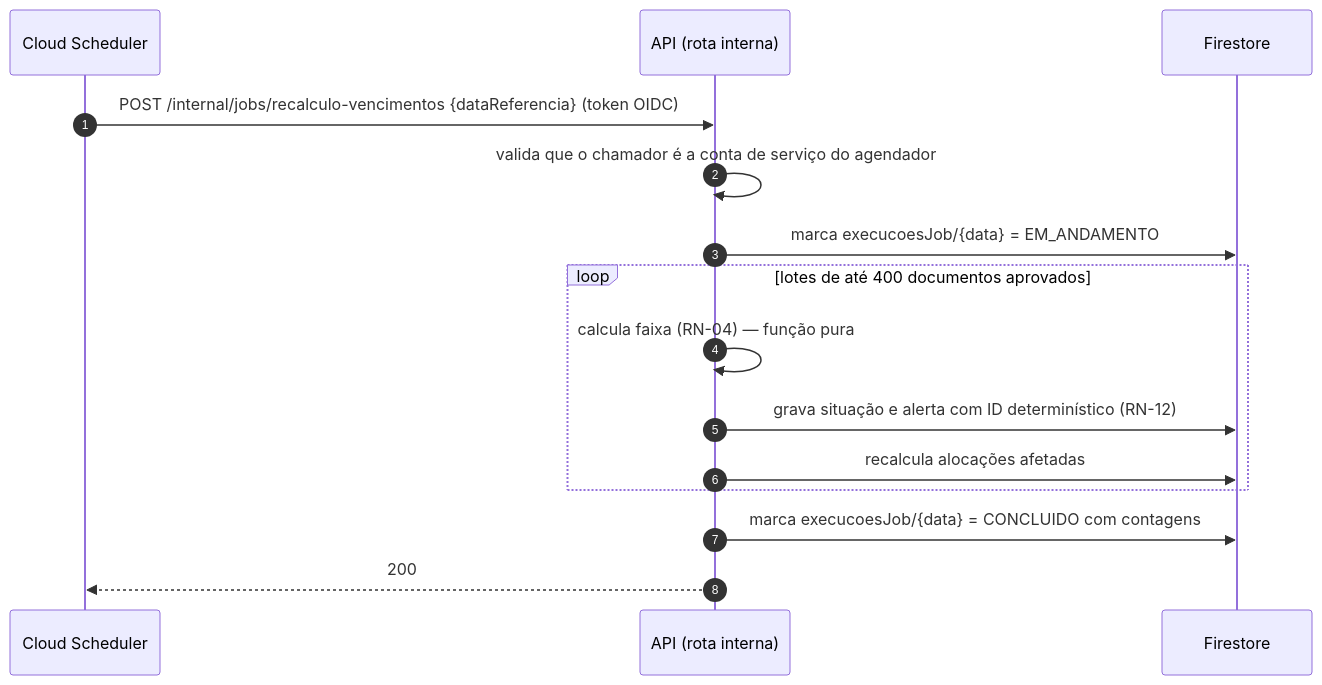
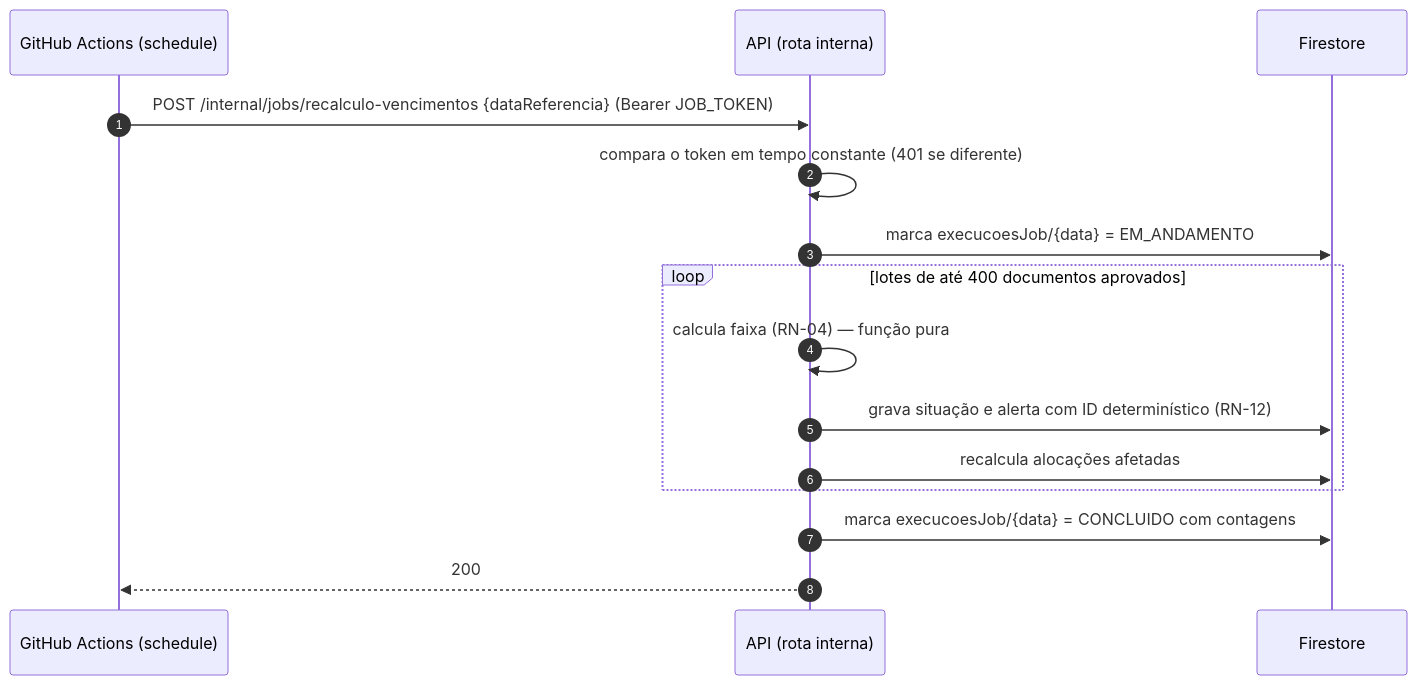
Before and after one commit to projeto-habilita/habilita-docs: the sixth of 6 diagrams in docs/arquitetura/index.md, drawn with Mermaid. The commit also changed other lines of this file and 16 other files, not shown here.

````diff
--- a/docs/arquitetura/index.md
+++ b/docs/arquitetura/index.md
@@ -148,17 +153,17 @@
 ```mermaid
 sequenceDiagram
     autonumber
-    participant C as Cloud Scheduler
+    participant C as GitHub Actions (schedule)
     participant A as API (rota interna)
     participant F as Firestore
-    C->>A: POST /internal/jobs/recalculo-vencimentos {dataReferencia} (token OIDC)
-    A->>A: valida que o chamador é a conta de serviço do agendador
+    C->>A: POST /internal/jobs/recalculo-vencimentos {dataReferencia} (Bearer JOB_TOKEN)
+    A->>A: compara o token em tempo constante (401 se diferente)
     A->>F: marca execucoesJob/{data} = EM_ANDAMENTO
     loop lotes de até 400 documentos aprovados
         A->>A: calcula faixa (RN-04) — função pura
         A->>F: grava situação e alerta com ID determinístico (RN-12)
         A->>F: recalcula alocações afetadas
     end
     A->>F: marca execucoesJob/{data} = CONCLUIDO com contagens
     A-->>C: 200
 ```
````
